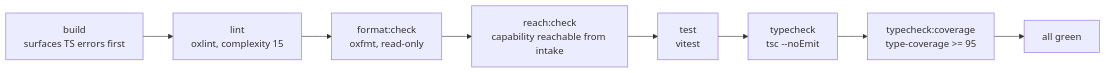
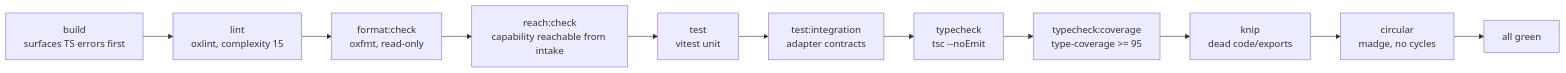
The diagram in AGENTS.md (risolutohq/risoluto), drawn with Mermaid before and after one commit. The commit also changed other lines of this file and 50 other files, not shown here.

````diff
--- a/AGENTS.md
+++ b/AGENTS.md
@@ -44,11 +44,14 @@
 ```mermaid
 flowchart LR
   B["build<br/>surfaces TS errors first"]
   L["lint<br/>oxlint, complexity 15"]
   F["format:check<br/>oxfmt, read-only"]
   RC["reach:check<br/>capability reachable from intake"]
-  T["test<br/>vitest"]
+  T["test<br/>vitest unit"]
+  TI["test:integration<br/>adapter contracts"]
   TC["typecheck<br/>tsc --noEmit"]
   TCC["typecheck:coverage<br/>type-coverage >= 95"]
-  B --> L --> F --> RC --> T --> TC --> TCC --> PASS["all green"]
+  K["knip<br/>dead code/exports"]
+  CIR["circular<br/>madge, no cycles"]
+  B --> L --> F --> RC --> T --> TI --> TC --> TCC --> K --> CIR --> PASS["all green"]
 ```
````
